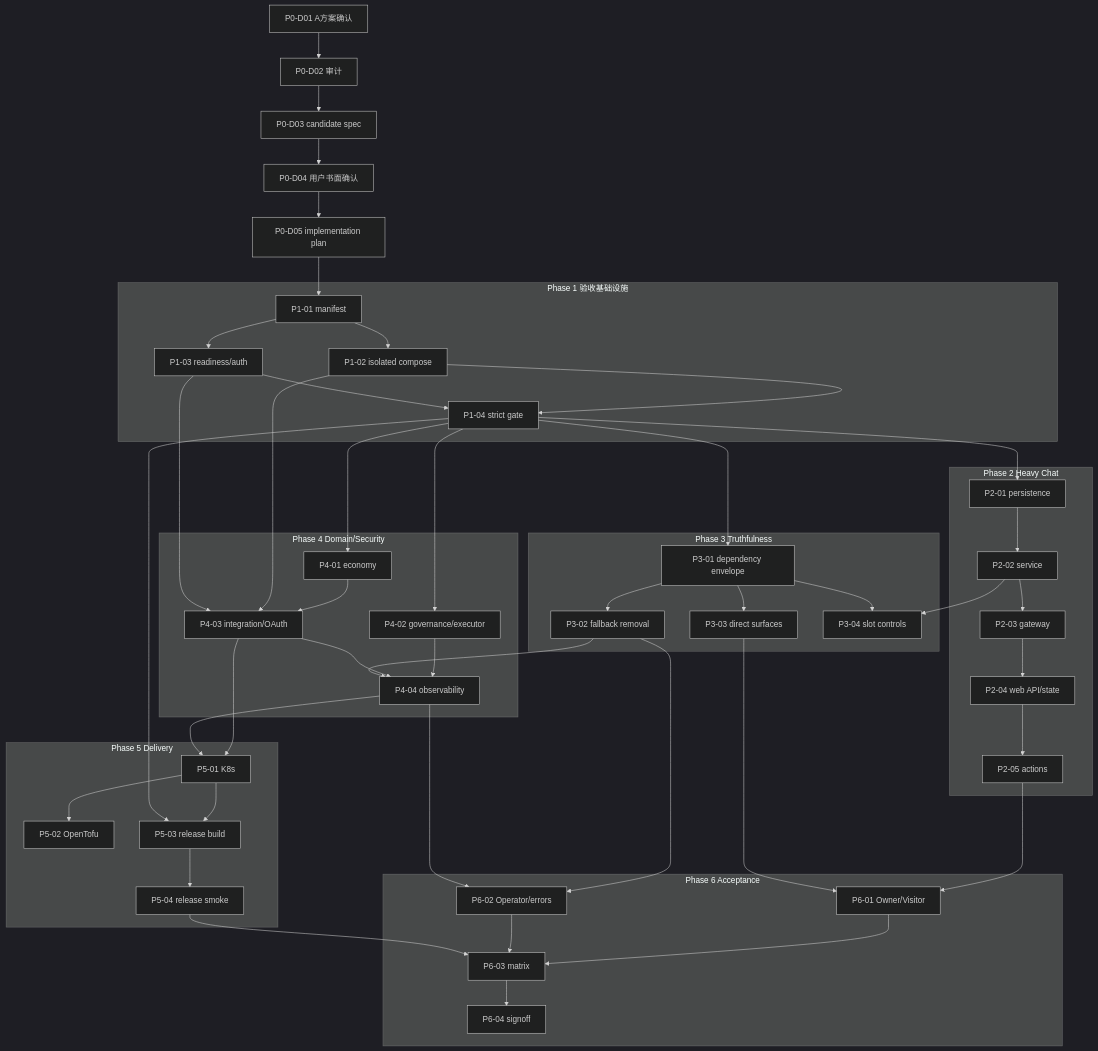
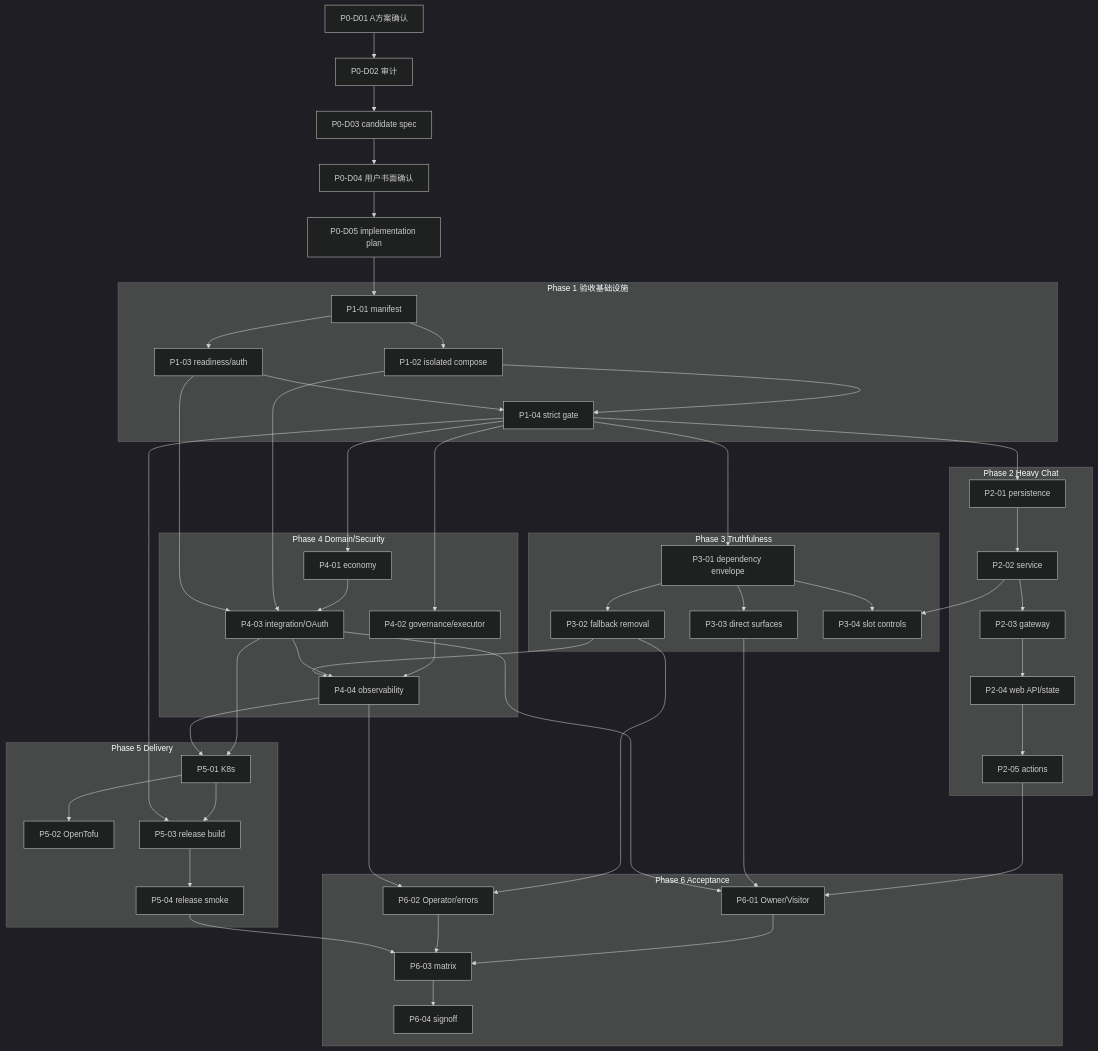
One commit to aiaimimi0920/Platform changed the diagram in docs/plan/dependency-graph.md. Above: the diagram before and after it, drawn with Mermaid (dark theme). The commit also changed 33 other files, not shown here.

````diff
--- a/docs/plan/dependency-graph.md
+++ b/docs/plan/dependency-graph.md
@@ -3,62 +3,63 @@
 ```mermaid
 flowchart TD
   D01[P0-D01 A方案确认] --> D02[P0-D02 审计]
   D02 --> D03[P0-D03 candidate spec]
   D03 --> D04[P0-D04 用户书面确认]
   D04 --> D05[P0-D05 implementation plan]
 
   subgraph P1[Phase 1 验收基础设施]
     P101[P1-01 manifest] --> P102[P1-02 isolated compose]
     P101 --> P103[P1-03 readiness/auth]
     P102 --> P104[P1-04 strict gate]
     P103 --> P104
   end
   D05 --> P101
 
   subgraph P2[Phase 2 Heavy Chat]
     P201[P2-01 persistence] --> P202[P2-02 service]
     P202 --> P203[P2-03 gateway]
     P203 --> P204[P2-04 web API/state]
     P204 --> P205[P2-05 actions]
   end
   P104 --> P201
 
   subgraph P3[Phase 3 Truthfulness]
     P301[P3-01 dependency envelope] --> P302[P3-02 fallback removal]
     P301 --> P303[P3-03 direct surfaces]
     P202 --> P304[P3-04 slot controls]
     P301 --> P304
   end
   P104 --> P301
 
   subgraph P4[Phase 4 Domain/Security]
     P401[P4-01 economy] --> P403[P4-03 integration/OAuth]
     P402[P4-02 governance/executor] --> P404[P4-04 observability]
     P403 --> P404
   end
   P104 --> P401
   P104 --> P402
   P102 --> P403
   P103 --> P403
   P302 --> P404
 
   subgraph P5[Phase 5 Delivery]
     P501[P5-01 K8s] --> P502[P5-02 OpenTofu]
     P501 --> P503[P5-03 release build]
     P104 --> P503
     P503 --> P504[P5-04 release smoke]
   end
   P403 --> P501
   P404 --> P501
 
   subgraph P6[Phase 6 Acceptance]
     P601[P6-01 Owner/Visitor] --> P603[P6-03 matrix]
     P602[P6-02 Operator/errors] --> P603
     P504 --> P603
     P603 --> P604[P6-04 signoff]
   end
   P205 --> P601
   P303 --> P601
+  P403 --> P601
   P302 --> P602
   P404 --> P602
 ```
````
